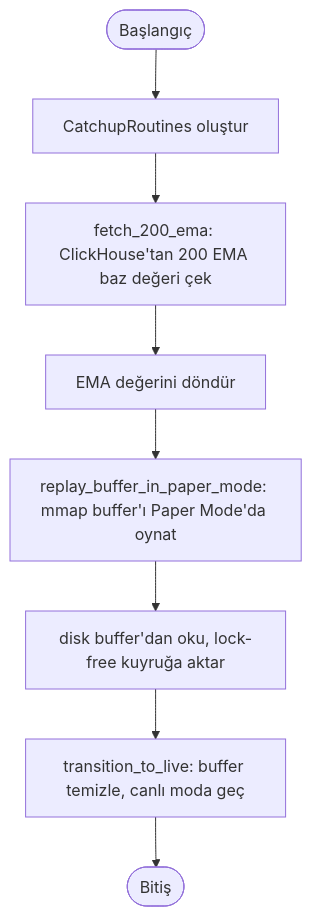
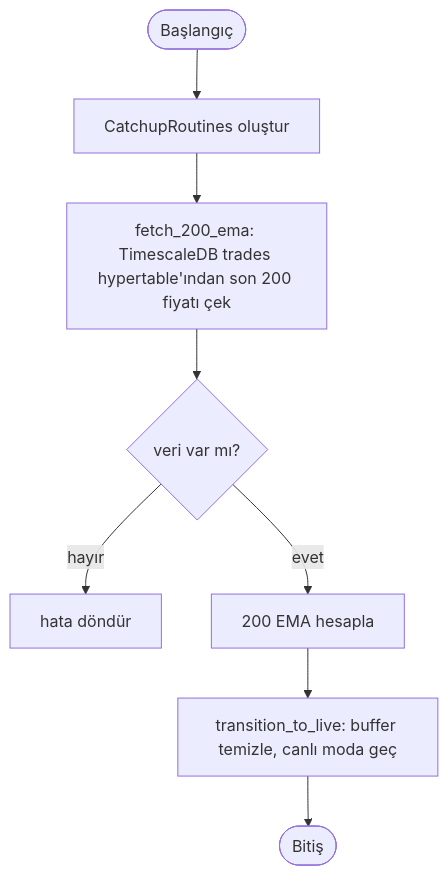
The diagram in docs/flowcharts/dosya-akis/cold-starter/src/catchup.rs.mmd (Quant-Trade-Lab-Community/cycle_finance_bot), drawn with Mermaid before and after one commit. The commit also changed 165 other files, not shown here.

Commit message:
docs: remove deleted services' code dumps and update architecture (Bölüm 3, 2, 1); update Cargo.toml workspace; update mermaid flowcharts; remove SQLite refs

```diff
--- a/docs/flowcharts/dosya-akis/cold-starter/src/catchup.rs.mmd
+++ b/docs/flowcharts/dosya-akis/cold-starter/src/catchup.rs.mmd
@@ -1,11 +1,10 @@
 graph TD
     A([Başlangıç]) --> B[CatchupRoutines oluştur]
 
-    B --> C[fetch_200_ema: ClickHouse'tan 200 EMA baz değeri çek]
-    C --> D[EMA değerini döndür]
-
-    D --> E[replay_buffer_in_paper_mode: mmap buffer'ı Paper Mode'da oynat]
-    E --> F[disk buffer'dan oku, lock-free kuyruğa aktar]
+    B --> C[fetch_200_ema: TimescaleDB trades hypertable'ından son 200 fiyatı çek]
+    C --> D{veri var mı?}
+    D -->|hayır| E[hata döndür]
+    D -->|evet| F[200 EMA hesapla]
 
     F --> G[transition_to_live: buffer temizle, canlı moda geç]
     G --> Z([Bitiş])
```
